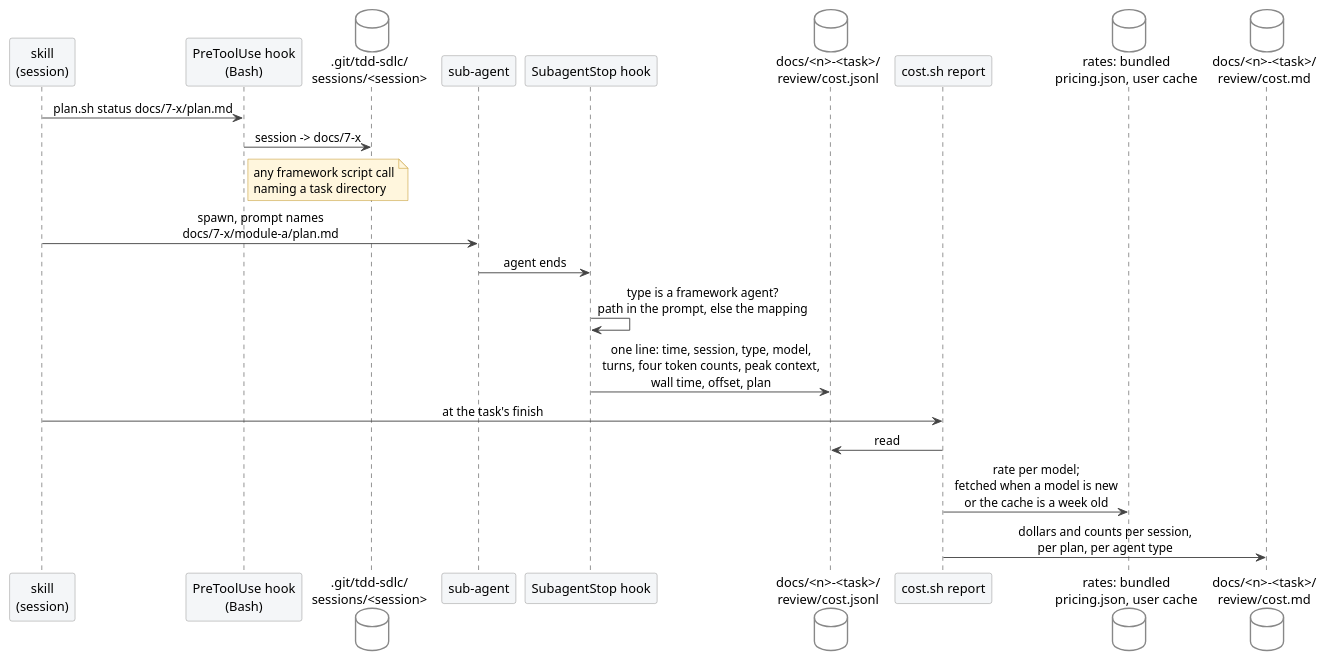
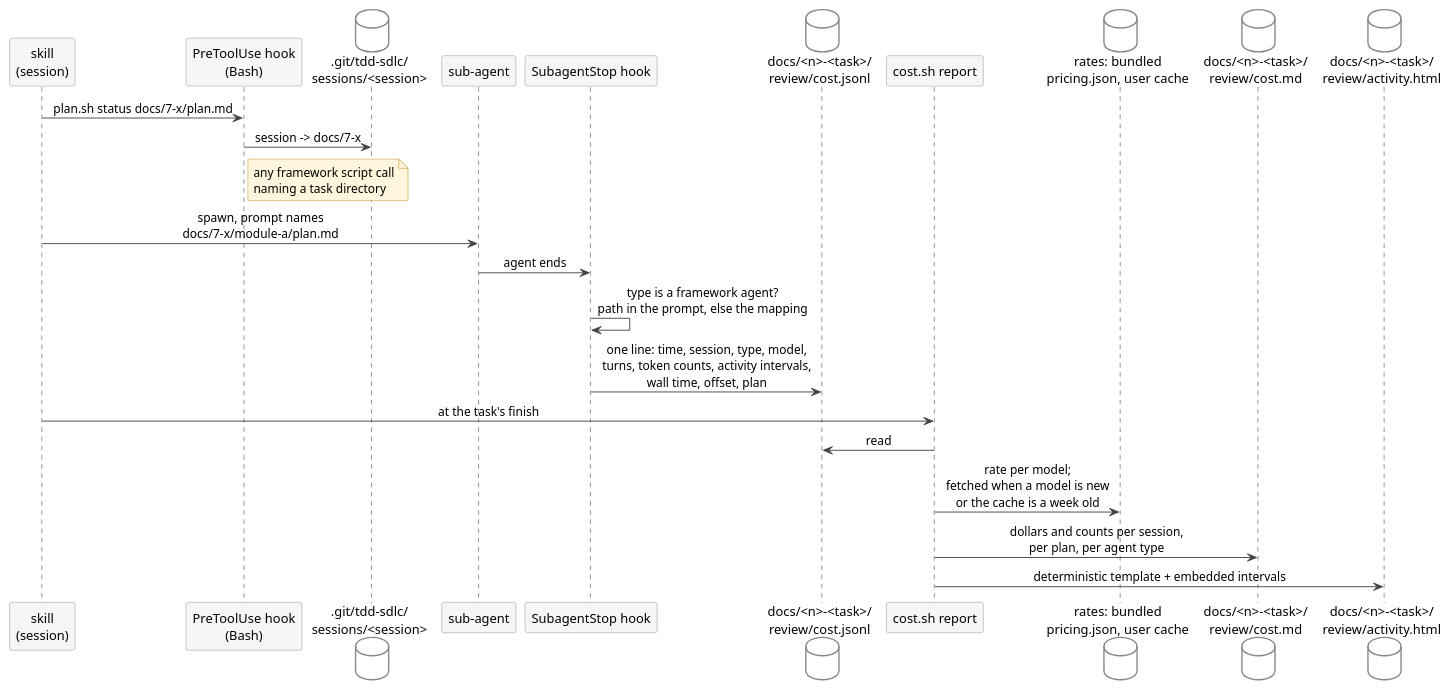
One commit to ds-usova/tdd-sdlc changed the diagram in docs/diagrams/cost-flow.puml. Above: the diagram before and after it, drawn with PlantUML. The commit also changed 23 other files, not shown here.

```diff
--- a/docs/diagrams/cost-flow.puml
+++ b/docs/diagrams/cost-flow.puml
@@ -1,43 +1,45 @@
 @startuml cost-flow
 skinparam defaultFontName Helvetica
 skinparam shadowing false
 skinparam ArrowColor #444
 skinparam sequenceMessageAlign center
 skinparam participant {
   BackgroundColor #F4F6F8
   BorderColor #888
 }
 skinparam database {
   BackgroundColor #FFFFFF
   BorderColor #888
 }
 skinparam note {
   BackgroundColor #FFF6DD
   BorderColor #B8860B
 }
 
 participant "skill\n(session)" as S
 participant "PreToolUse hook\n(Bash)" as PRE
 database ".git/tdd-sdlc/\nsessions/<session>" as MAP
 participant "sub-agent" as A
 participant "SubagentStop hook" as STOP
 database "docs/<n>-<task>/\nreview/cost.jsonl" as JSONL
 participant "cost.sh report" as REP
 database "rates: bundled\npricing.json, user cache" as RATES
 database "docs/<n>-<task>/\nreview/cost.md" as MD
+database "docs/<n>-<task>/\nreview/activity.html" as HTML
 
 S -> PRE : plan.sh status docs/7-x/plan.md
 PRE -> MAP : session -> docs/7-x
 note right of PRE
   any framework script call
   naming a task directory
 end note
 S -> A : spawn, prompt names\ndocs/7-x/module-a/plan.md
 A -> STOP : agent ends
 STOP -> STOP : type is a framework agent?\npath in the prompt, else the mapping
-STOP -> JSONL : one line: time, session, type, model,\nturns, four token counts, peak context,\nwall time, offset, plan
+STOP -> JSONL : one line: time, session, type, model,\nturns, token counts, activity intervals,\nwall time, offset, plan
 S -> REP : at the task's finish
 REP -> JSONL : read
 REP -> RATES : rate per model;\nfetched when a model is new\nor the cache is a week old
 REP -> MD : dollars and counts per session,\nper plan, per agent type
+REP -> HTML : deterministic template + embedded intervals
 @enduml
```
